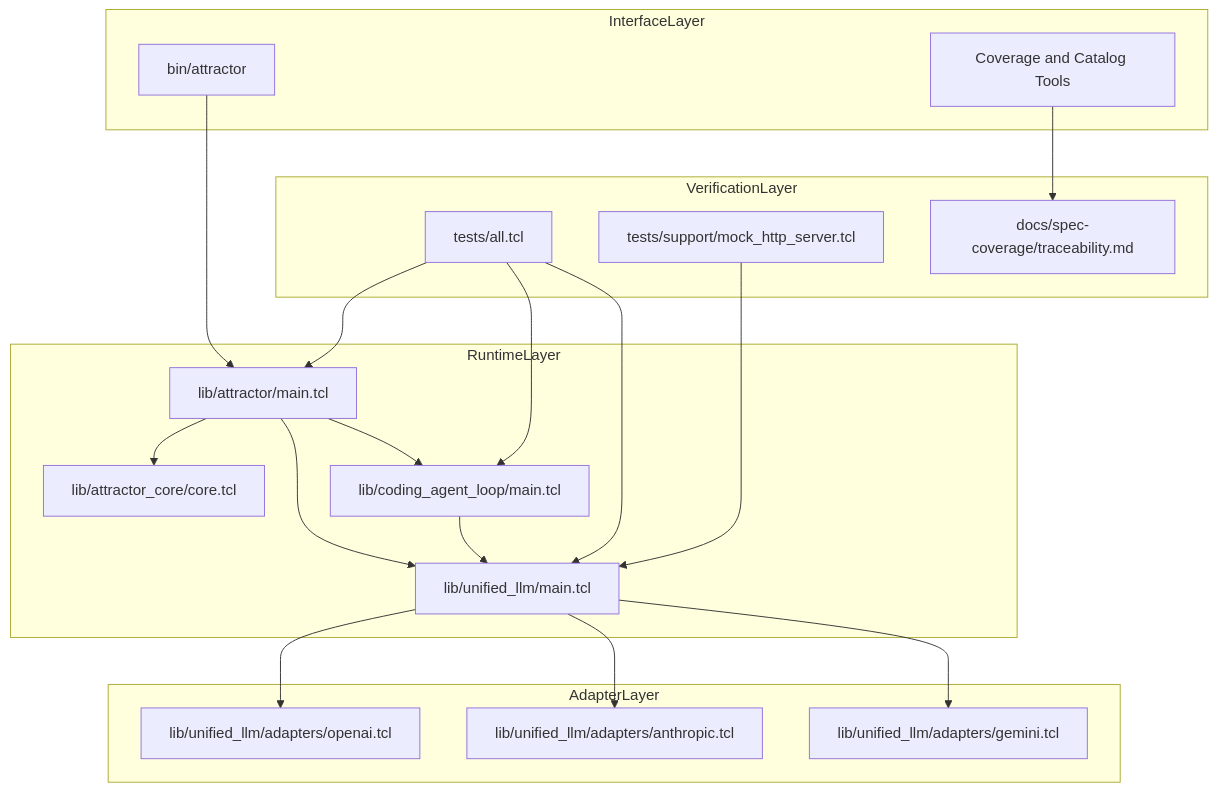
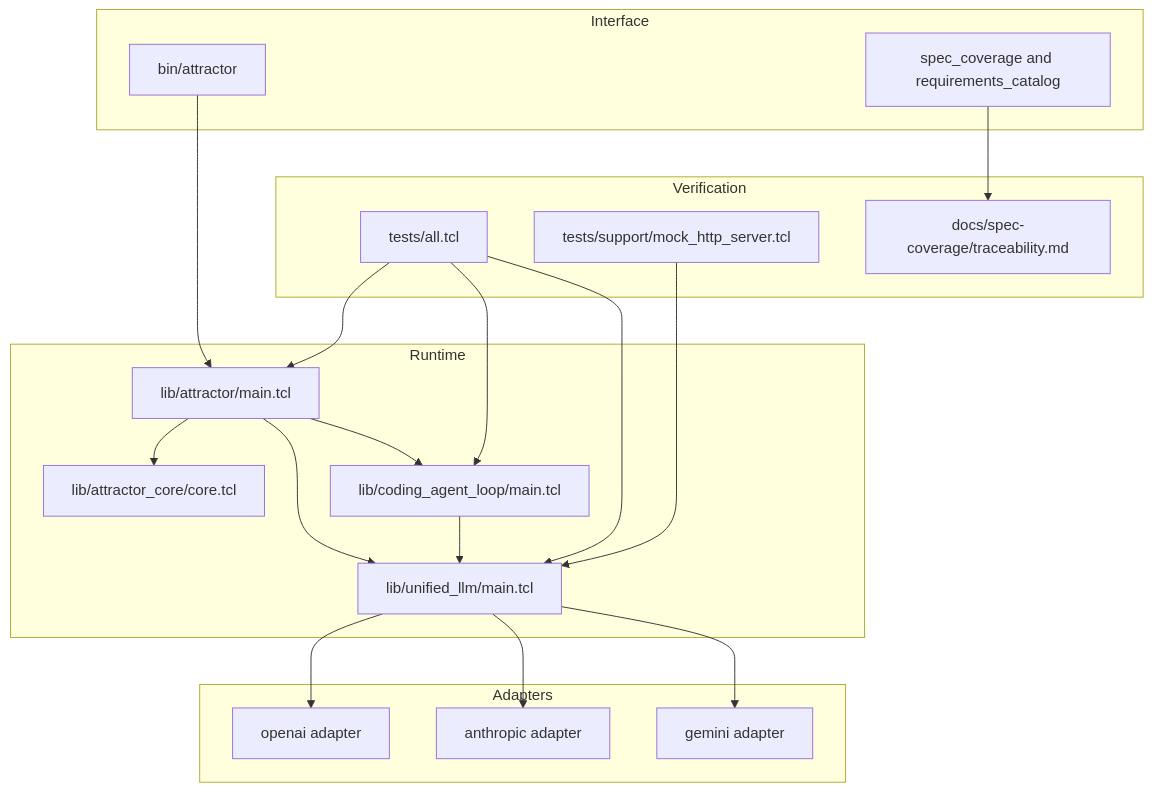
One commit to jaytaylor/attractor-tcl changed the fifth of 5 diagrams in docs/sprints/SPRINT-003-comprehensive-implementation-plan.md. Above: the diagram before and after it, drawn with Mermaid. The commit also changed other lines of this file, not shown here.

````diff
--- a/docs/sprints/SPRINT-003-comprehensive-implementation-plan.md
+++ b/docs/sprints/SPRINT-003-comprehensive-implementation-plan.md
@@ -756,40 +1211,36 @@
 ```mermaid
 flowchart TB
-  subgraph InterfaceLayer
+  subgraph Interface
     CLI[bin/attractor]
-    TOOLS[Coverage and Catalog Tools]
+    TOOLS[spec_coverage and requirements_catalog]
   end
-
-  subgraph RuntimeLayer
+  subgraph Runtime
     ATR[lib/attractor/main.tcl]
     CORE[lib/attractor_core/core.tcl]
     CAL[lib/coding_agent_loop/main.tcl]
     ULLM[lib/unified_llm/main.tcl]
   end
-
-  subgraph AdapterLayer
-    OPENAI[lib/unified_llm/adapters/openai.tcl]
-    ANTHROPIC[lib/unified_llm/adapters/anthropic.tcl]
-    GEMINI[lib/unified_llm/adapters/gemini.tcl]
+  subgraph Adapters
+    OA[openai adapter]
+    AN[anthropic adapter]
+    GM[gemini adapter]
   end
-
-  subgraph VerificationLayer
-    TESTS[tests/all.tcl]
+  subgraph Verification
+    TEST[tests/all.tcl]
     MOCK[tests/support/mock_http_server.tcl]
     TRACEFILE[docs/spec-coverage/traceability.md]
   end
-
   CLI --> ATR
   ATR --> CORE
   ATR --> CAL
   ATR --> ULLM
   CAL --> ULLM
-  ULLM --> OPENAI
-  ULLM --> ANTHROPIC
-  ULLM --> GEMINI
-  TESTS --> ATR
-  TESTS --> CAL
-  TESTS --> ULLM
+  ULLM --> OA
+  ULLM --> AN
+  ULLM --> GM
+  TEST --> ATR
+  TEST --> CAL
+  TEST --> ULLM
   MOCK --> ULLM
   TOOLS --> TRACEFILE
 ```
````
